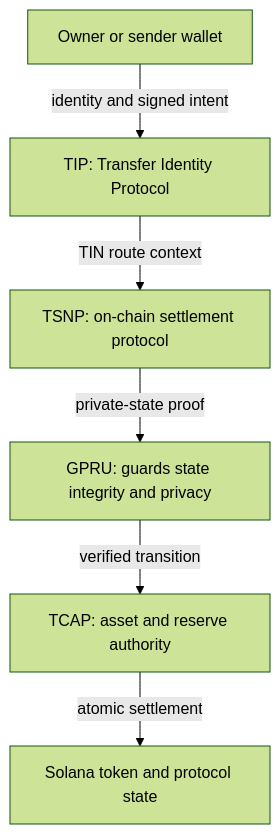
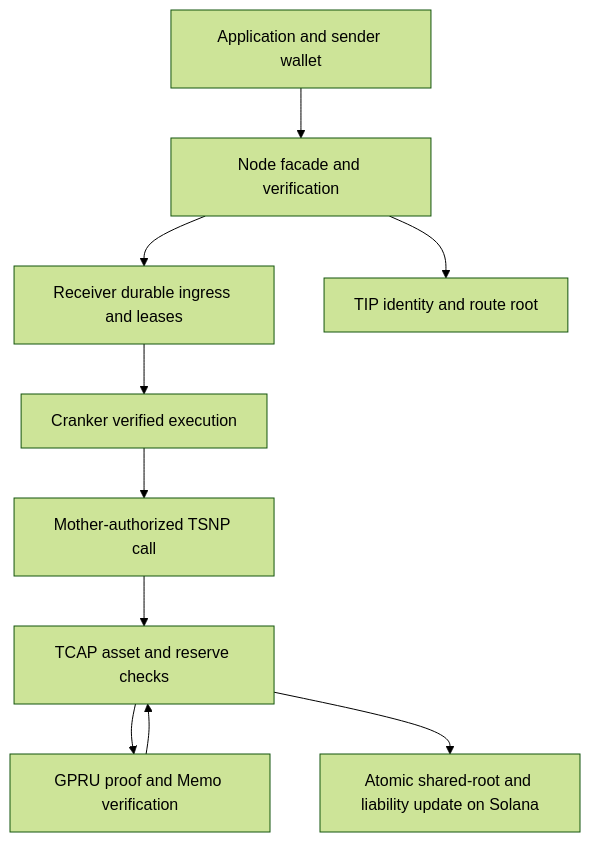
One commit to Trustlink-Labs/TSN-Protocol changed the diagram in tsn-docs/overview/architecture.mdx. Above: the diagram before and after it, drawn with Mermaid (forest theme). The commit also changed other lines of this file and 126 other files, not shown here.

````diff
--- a/tsn-docs/overview/architecture.mdx
+++ b/tsn-docs/overview/architecture.mdx
@@ -10,8 +10,12 @@
 ```mermaid
 flowchart TD
-    W[Owner or sender wallet] -->|identity and signed intent| I[TIP: Transfer Identity Protocol]
-    I -->|TIN route context| S[TSNP: on-chain settlement protocol]
-    S -->|private-state proof| G[GPRU: guards state integrity and privacy]
-    G -->|verified transition| C[TCAP: asset and reserve authority]
-    C -->|atomic settlement| L[Solana token and protocol state]
+    W[Application and sender wallet] --> N[Node facade and verification]
+    N --> R[Receiver durable ingress and leases]
+    N --> I[TIP identity and route root]
+    R --> K[Cranker verified execution]
+    K --> S[Mother-authorized TSNP call]
+    S --> C[TCAP asset and reserve checks]
+    C --> G[GPRU proof and Memo verification]
+    G --> C
+    C --> L[Atomic shared-root and liability update on Solana]
 ```
````
